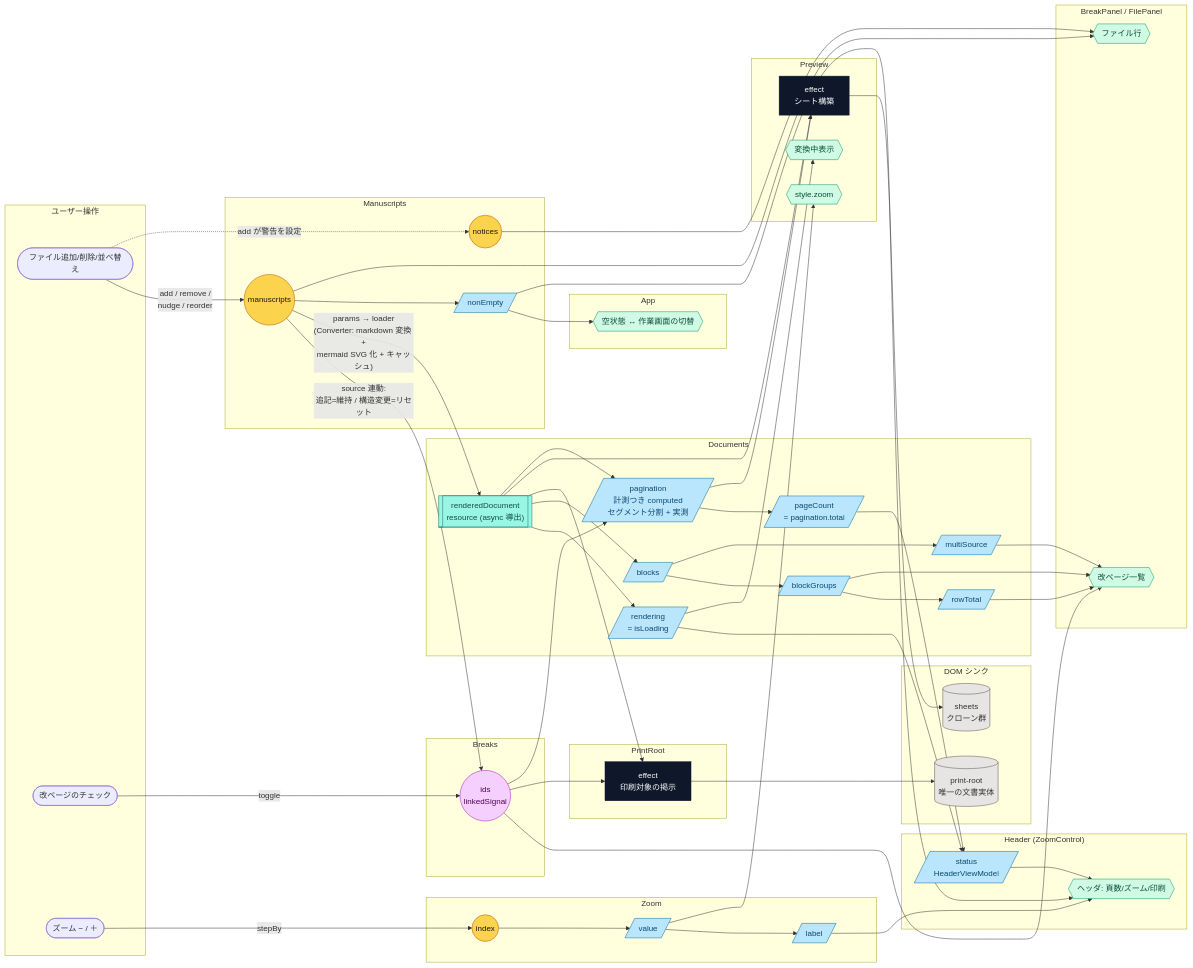
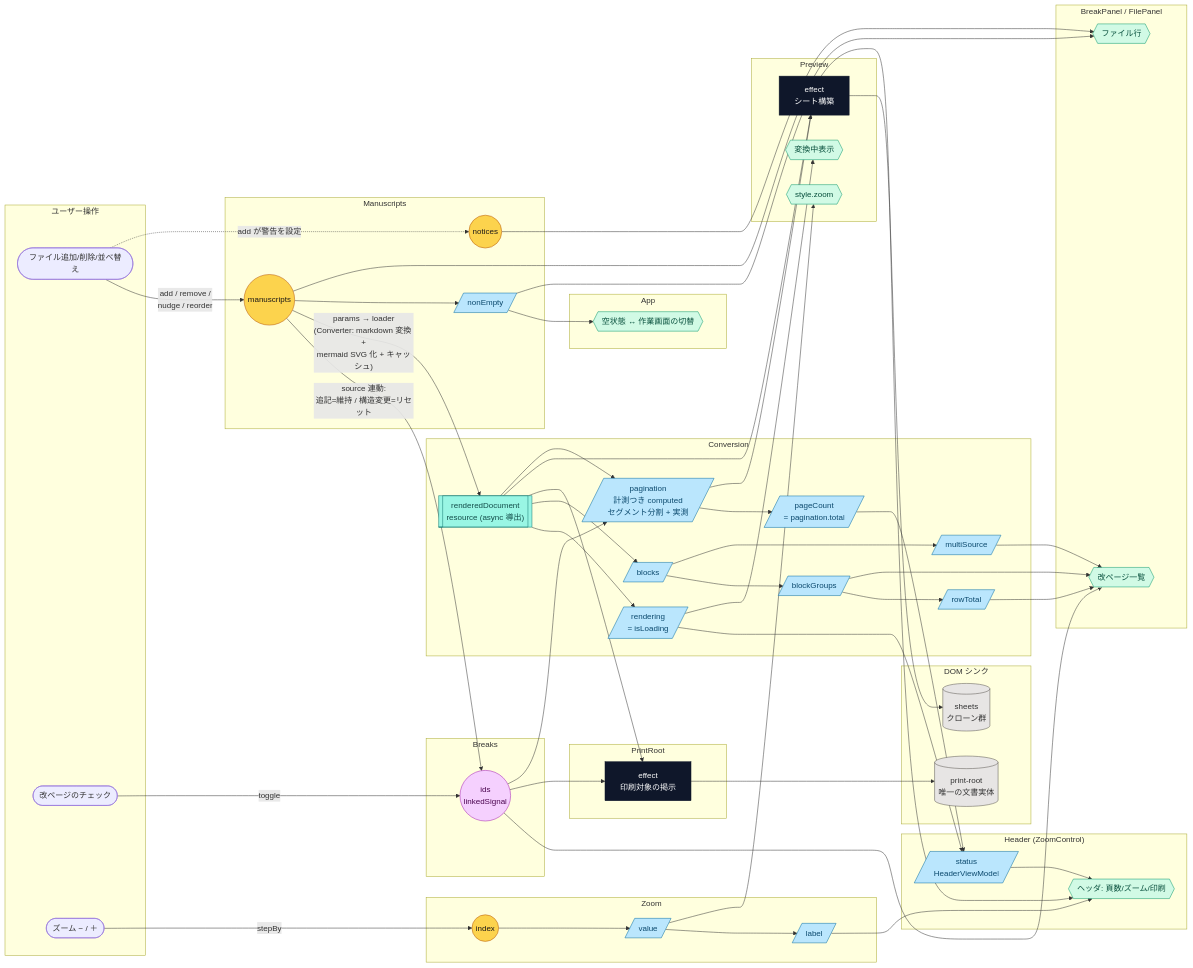
One commit to lacolaco/printmd changed the diagram in docs/signal-graph.md. Above: the diagram before and after it, drawn with Mermaid. The commit also changed other lines of this file and 10 other files, not shown here.

```diff
--- a/docs/signal-graph.md
+++ b/docs/signal-graph.md
@@ -27,7 +27,7 @@
     S2((ids<br/>linkedSignal))
   end
 
-  subgraph DocumentS["Documents"]
+  subgraph ConversionS["Conversion"]
     S4[["renderedDocument<br/>resource (async 導出)"]]
     S3[/rendering<br/>= isLoading/]
     C2[/blocks/]
```
